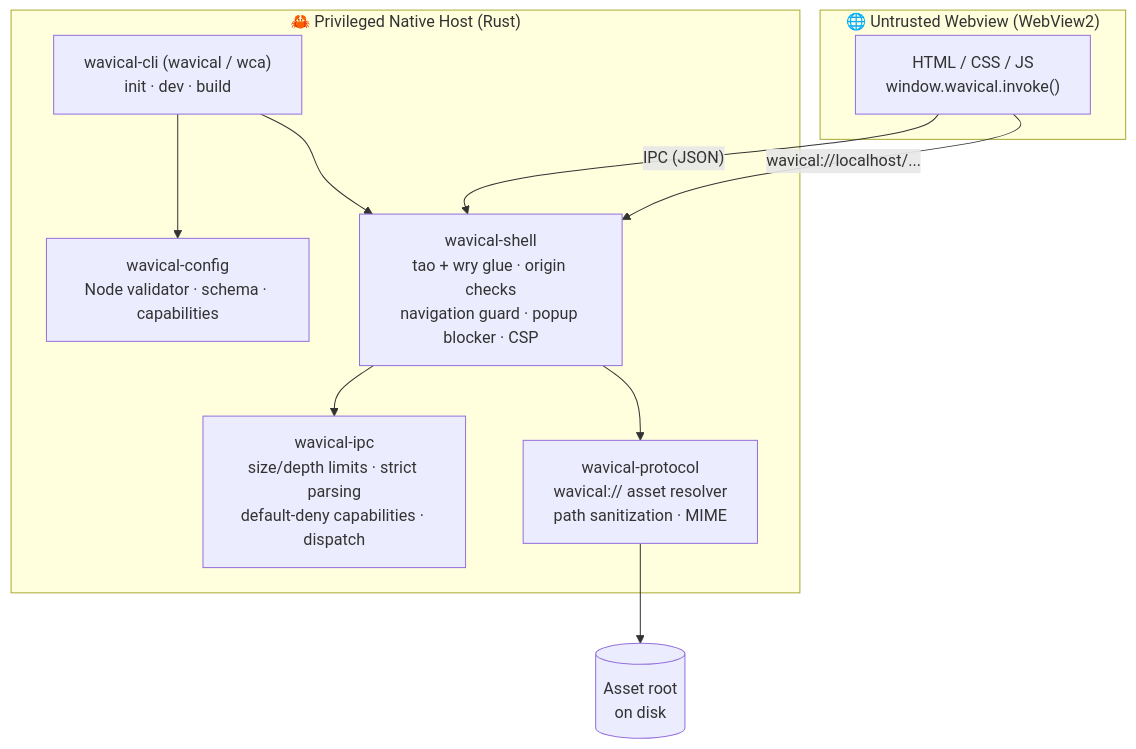
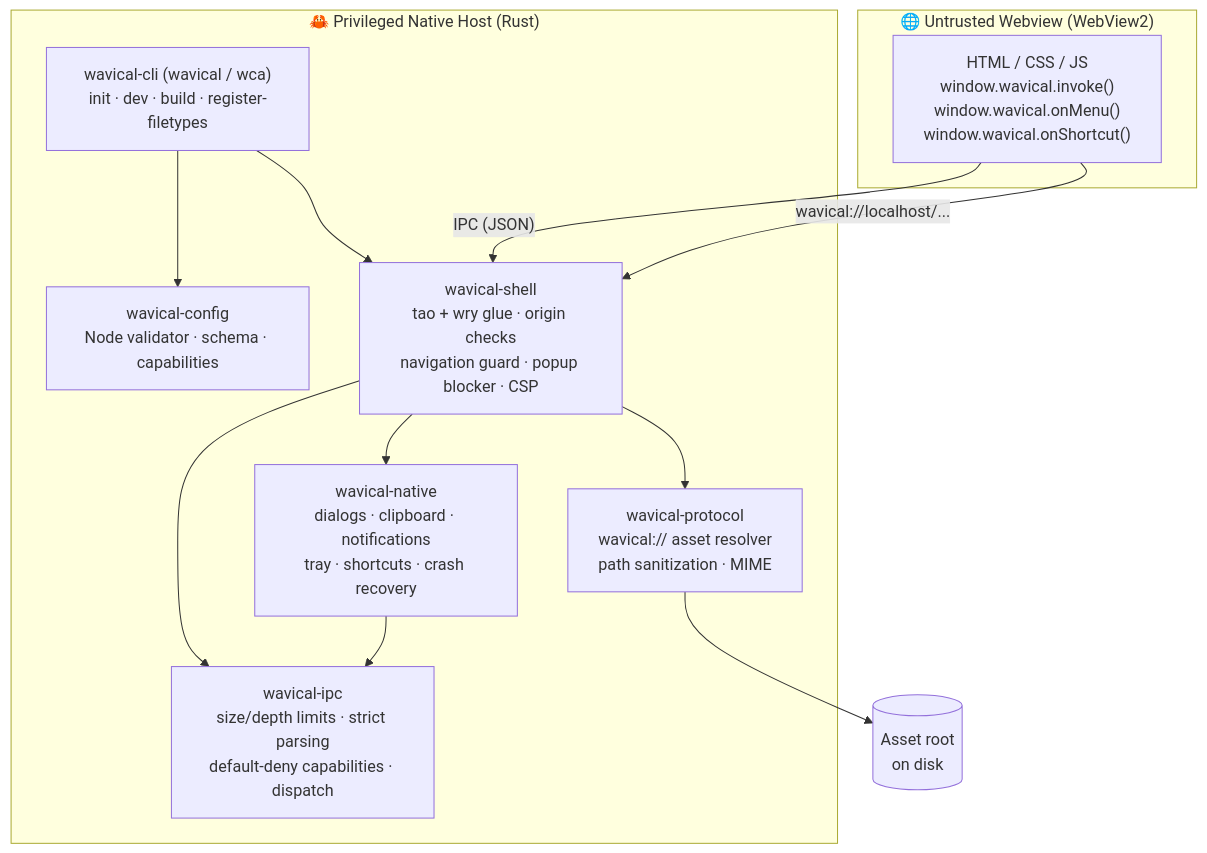
One commit to dhananjay-ryu-jin-sama/wavical changed the diagram in README.md. Above: the diagram before and after it, drawn with Mermaid. The commit also changed other lines of this file and 1 other file, not shown here.

````diff
--- a/README.md
+++ b/README.md
@@ -121,22 +133,25 @@
 ```mermaid
 flowchart TB
     subgraph Untrusted["🌐 Untrusted Webview (WebView2)"]
-        JS["HTML / CSS / JS<br/>window.wavical.invoke()"]
+        JS["HTML / CSS / JS<br/>window.wavical.invoke()<br/>window.wavical.onMenu()<br/>window.wavical.onShortcut()"]
     end
 
     subgraph Host["🦀 Privileged Native Host (Rust)"]
-        CLI["wavical-cli (wavical / wca)<br/>init · dev · build"]
+        CLI["wavical-cli (wavical / wca)<br/>init · dev · build · register-filetypes"]
         Config["wavical-config<br/>Node validator · schema · capabilities"]
         Shell["wavical-shell<br/>tao + wry glue · origin checks<br/>navigation guard · popup blocker · CSP"]
+        Native["wavical-native<br/>dialogs · clipboard · notifications<br/>tray · shortcuts · crash recovery"]
         IPC["wavical-ipc<br/>size/depth limits · strict parsing<br/>default-deny capabilities · dispatch"]
         Proto["wavical-protocol<br/>wavical:// asset resolver<br/>path sanitization · MIME"]
     end
 
     CLI --> Config
     CLI --> Shell
     JS -- "IPC (JSON)" --> Shell
     JS -- "wavical://localhost/..." --> Shell
     Shell --> IPC
     Shell --> Proto
+    Shell --> Native
+    Native --> IPC
     Proto --> FS[("Asset root<br/>on disk")]
 ```
````
